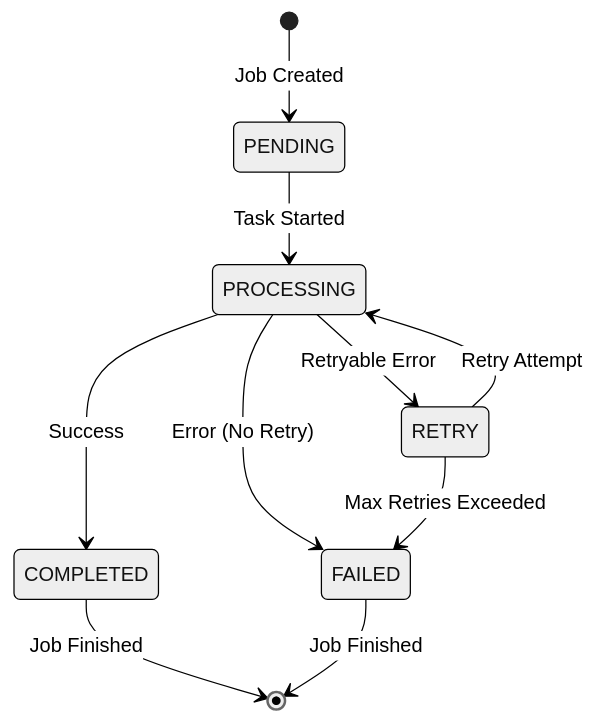
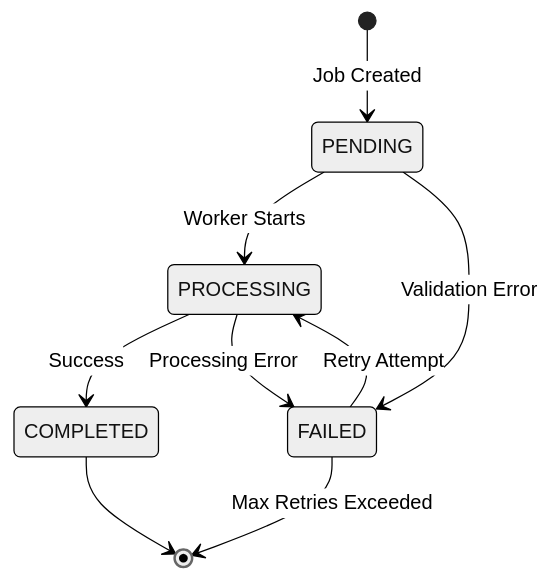
The second of 2 diagrams in docs/tasks_module.md (Custom-Logic/pdf_smaller_backend), drawn with Mermaid (neutral theme) before and after one commit. The commit also changed other lines of this file and 9 other files, not shown here.

````diff
--- a/docs/tasks_module.md
+++ b/docs/tasks_module.md
@@ -142,12 +158,11 @@
 ```mermaid
 stateDiagram-v2
     [*] --> PENDING: Job Created
-    PENDING --> PROCESSING: Task Started
+    PENDING --> PROCESSING: Worker Starts
+    PENDING --> FAILED: Validation Error
     PROCESSING --> COMPLETED: Success
-    PROCESSING --> FAILED: Error (No Retry)
-    PROCESSING --> RETRY: Retryable Error
-    RETRY --> PROCESSING: Retry Attempt
-    RETRY --> FAILED: Max Retries Exceeded
-    COMPLETED --> [*]: Job Finished
-    FAILED --> [*]: Job Finished
+    PROCESSING --> FAILED: Processing Error
+    FAILED --> PROCESSING: Retry Attempt
+    COMPLETED --> [*]
+    FAILED --> [*]: Max Retries Exceeded
 ```
````
